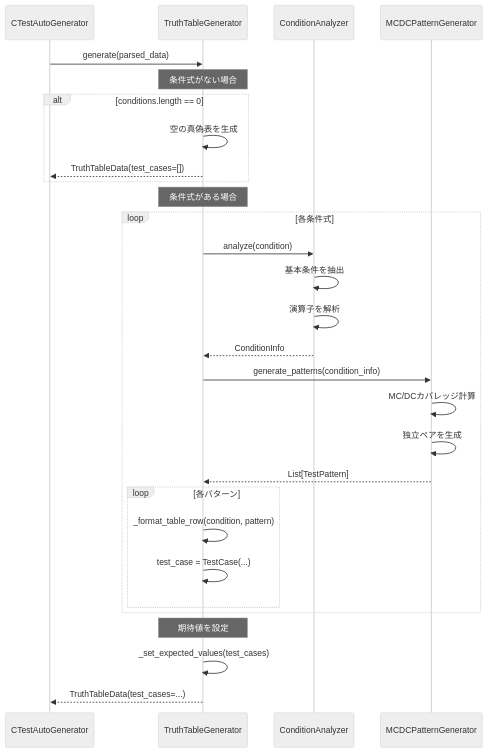
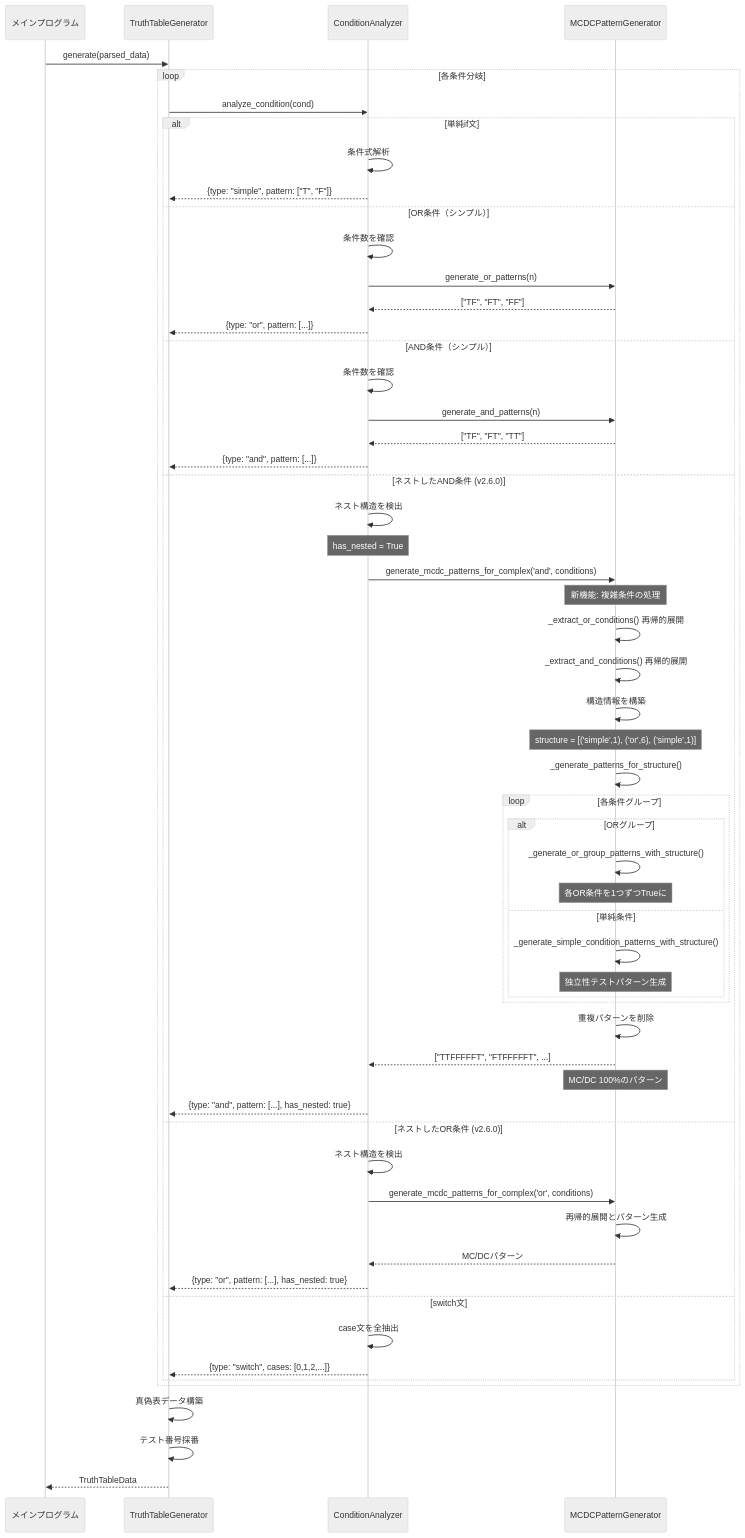
Before and after one commit to ryu5791/AutoUniTestGen: the third of 7 diagrams in doc/design_sequence_diagram.md, drawn with Mermaid (neutral theme). The commit also changed other lines of this file and 3 other files, not shown here.

````diff
--- a/doc/design_sequence_diagram.md
+++ b/doc/design_sequence_diagram.md
@@ -247,38 +112,73 @@
 ```mermaid
 sequenceDiagram
-    participant Main as CTestAutoGenerator
+    participant Main as メインプログラム
     participant TruthGen as TruthTableGenerator
     participant CondAnalyzer as ConditionAnalyzer
     participant MCDCGen as MCDCPatternGenerator
 
     Main->>TruthGen: generate(parsed_data)
     
-    Note over TruthGen: 条件式がない場合
-    alt conditions.length == 0
-        TruthGen->>TruthGen: 空の真偽表を生成
-        TruthGen-->>Main: TruthTableData(test_cases=[])
-    end
-    
-    Note over TruthGen: 条件式がある場合
-    loop 各条件式
-        TruthGen->>CondAnalyzer: analyze(condition)
-        CondAnalyzer->>CondAnalyzer: 基本条件を抽出
-        CondAnalyzer->>CondAnalyzer: 演算子を解析
-        CondAnalyzer-->>TruthGen: ConditionInfo
+    loop 各条件分岐
+        TruthGen->>CondAnalyzer: analyze_condition(cond)
         
-        TruthGen->>MCDCGen: generate_patterns(condition_info)
-        MCDCGen->>MCDCGen: MC/DCカバレッジ計算
-        MCDCGen->>MCDCGen: 独立ペアを生成
-        MCDCGen-->>TruthGen: List[TestPattern]
+        alt 単純if文
+            CondAnalyzer->>CondAnalyzer: 条件式解析
+            CondAnalyzer-->>TruthGen: {type: "simple", pattern: ["T", "F"]}
         
-        loop 各パターン
-            TruthGen->>TruthGen: _format_table_row(condition, pattern)
-            TruthGen->>TruthGen: test_case = TestCase(...)
+        else OR条件（シンプル）
+            CondAnalyzer->>CondAnalyzer: 条件数を確認
+            CondAnalyzer->>MCDCGen: generate_or_patterns(n)
+            MCDCGen-->>CondAnalyzer: ["TF", "FT", "FF"]
+            CondAnalyzer-->>TruthGen: {type: "or", pattern: [...]}
+        
+        else AND条件（シンプル）
+            CondAnalyzer->>CondAnalyzer: 条件数を確認
+            CondAnalyzer->>MCDCGen: generate_and_patterns(n)
+            MCDCGen-->>CondAnalyzer: ["TF", "FT", "TT"]
+            CondAnalyzer-->>TruthGen: {type: "and", pattern: [...]}
+        
+        else ネストしたAND条件 (v2.6.0)
+            CondAnalyzer->>CondAnalyzer: ネスト構造を検出
+            Note over CondAnalyzer: has_nested = True
+            CondAnalyzer->>MCDCGen: generate_mcdc_patterns_for_complex('and', conditions)
+            
+            Note over MCDCGen: 新機能: 複雑条件の処理
+            MCDCGen->>MCDCGen: _extract_or_conditions() 再帰的展開
+            MCDCGen->>MCDCGen: _extract_and_conditions() 再帰的展開
+            MCDCGen->>MCDCGen: 構造情報を構築
+            Note over MCDCGen: structure = [('simple',1), ('or',6), ('simple',1)]
+            
+            MCDCGen->>MCDCGen: _generate_patterns_for_structure()
+            
+            loop 各条件グループ
+                alt ORグループ
+                    MCDCGen->>MCDCGen: _generate_or_group_patterns_with_structure()
+                    Note over MCDCGen: 各OR条件を1つずつTrueに
+                else 単純条件
+                    MCDCGen->>MCDCGen: _generate_simple_condition_patterns_with_structure()
+                    Note over MCDCGen: 独立性テストパターン生成
+                end
+            end
+            
+            MCDCGen->>MCDCGen: 重複パターンを削除
+            MCDCGen-->>CondAnalyzer: ["TTFFFFFT", "FTFFFFFT", ...]
+            Note over MCDCGen: MC/DC 100%のパターン
+            CondAnalyzer-->>TruthGen: {type: "and", pattern: [...], has_nested: true}
+        
+        else ネストしたOR条件 (v2.6.0)
+            CondAnalyzer->>CondAnalyzer: ネスト構造を検出
+            CondAnalyzer->>MCDCGen: generate_mcdc_patterns_for_complex('or', conditions)
+            MCDCGen->>MCDCGen: 再帰的展開とパターン生成
+            MCDCGen-->>CondAnalyzer: MC/DCパターン
+            CondAnalyzer-->>TruthGen: {type: "or", pattern: [...], has_nested: true}
+        
+        else switch文
+            CondAnalyzer->>CondAnalyzer: case文を全抽出
+            CondAnalyzer-->>TruthGen: {type: "switch", cases: [0,1,2,...]}
         end
     end
     
-    Note over TruthGen: 期待値を設定
-    TruthGen->>TruthGen: _set_expected_values(test_cases)
-    
-    TruthGen-->>Main: TruthTableData(test_cases=...)
+    TruthGen->>TruthGen: 真偽表データ構築
+    TruthGen->>TruthGen: テスト番号採番
+    TruthGen-->>Main: TruthTableData
 ```
````
